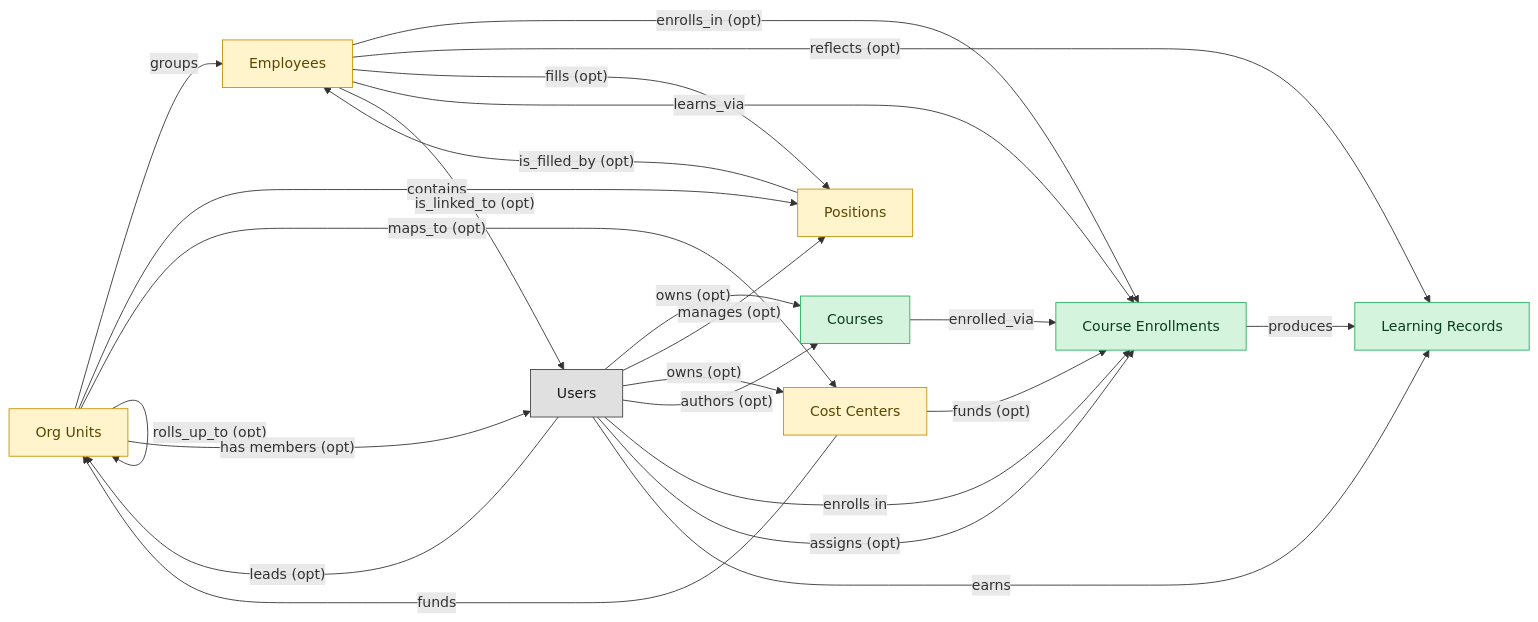
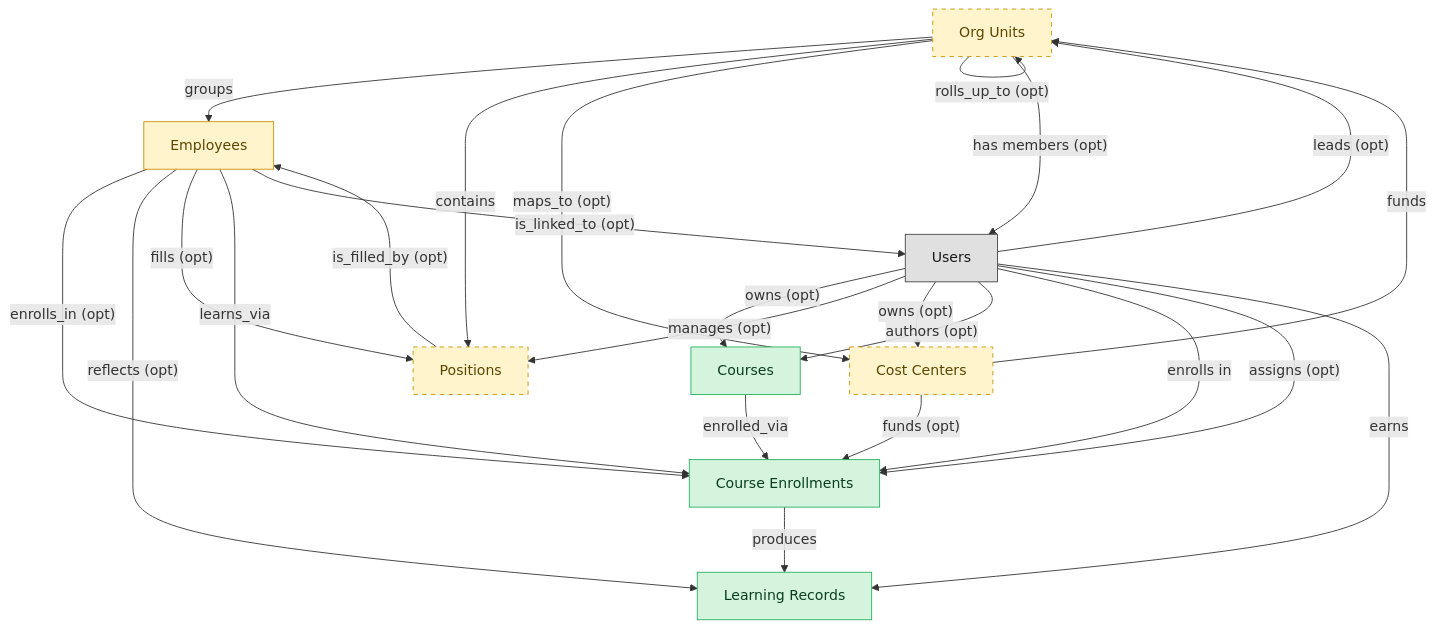
One commit to IntranetFactory/domain-map changed the diagram in blueprints/lms-course-delivery-semantic-blueprint.md. Above: the diagram before and after it, drawn with Mermaid. The commit also changed other lines of this file and 23 other files, not shown here.

````diff
--- a/blueprints/lms-course-delivery-semantic-blueprint.md
+++ b/blueprints/lms-course-delivery-semantic-blueprint.md
@@ -32,45 +32,48 @@
 ```mermaid
-flowchart LR
+flowchart TD
   classDef master fill:#d4f4dd,stroke:#27ae60,color:#0b3d20;
   classDef embedded_master fill:#fff4cc,stroke:#c79100,color:#5b4500;
   classDef platform_builtin fill:#e0e0e0,stroke:#424242,color:#1a1a1a;
   org_units["Org Units"]
   courses["Courses"]
   course_enrollments["Course Enrollments"]
   learning_records["Learning Records"]
   employees["Employees"]
   hcm_positions["Positions"]
   cost_centers["Cost Centers"]
   users["Users"]
   org_units -->|"groups"| employees
   org_units -->|"contains"| hcm_positions
   hcm_positions -->|"is_filled_by (opt)"| employees
   cost_centers -->|"funds"| org_units
   employees -->|"enrolls_in (opt)"| course_enrollments
   org_units -->|"maps_to (opt)"| cost_centers
   courses -->|"enrolled_via"| course_enrollments
   course_enrollments -->|"produces"| learning_records
   cost_centers -->|"funds (opt)"| course_enrollments
   employees -->|"reflects (opt)"| learning_records
   employees -->|"fills (opt)"| hcm_positions
   employees -->|"learns_via"| course_enrollments
   org_units -->|"rolls_up_to (opt)"| org_units
   users -->|"owns (opt)"| courses
   employees -->|"is_linked_to (opt)"| users
   users -->|"manages (opt)"| hcm_positions
   users -->|"leads (opt)"| org_units
   users -->|"owns (opt)"| cost_centers
   users -->|"authors (opt)"| courses
   users -->|"enrolls in"| course_enrollments
   users -->|"assigns (opt)"| course_enrollments
   users -->|"earns"| learning_records
   org_units -->|"has members (opt)"| users
   class org_units embedded_master;
   class courses master;
   class course_enrollments master;
   class learning_records master;
   class employees embedded_master;
   class hcm_positions embedded_master;
   class cost_centers embedded_master;
   class users platform_builtin;
+  style org_units stroke-dasharray:5 5;
+  style hcm_positions stroke-dasharray:5 5;
+  style cost_centers stroke-dasharray:5 5;
 ```
````
